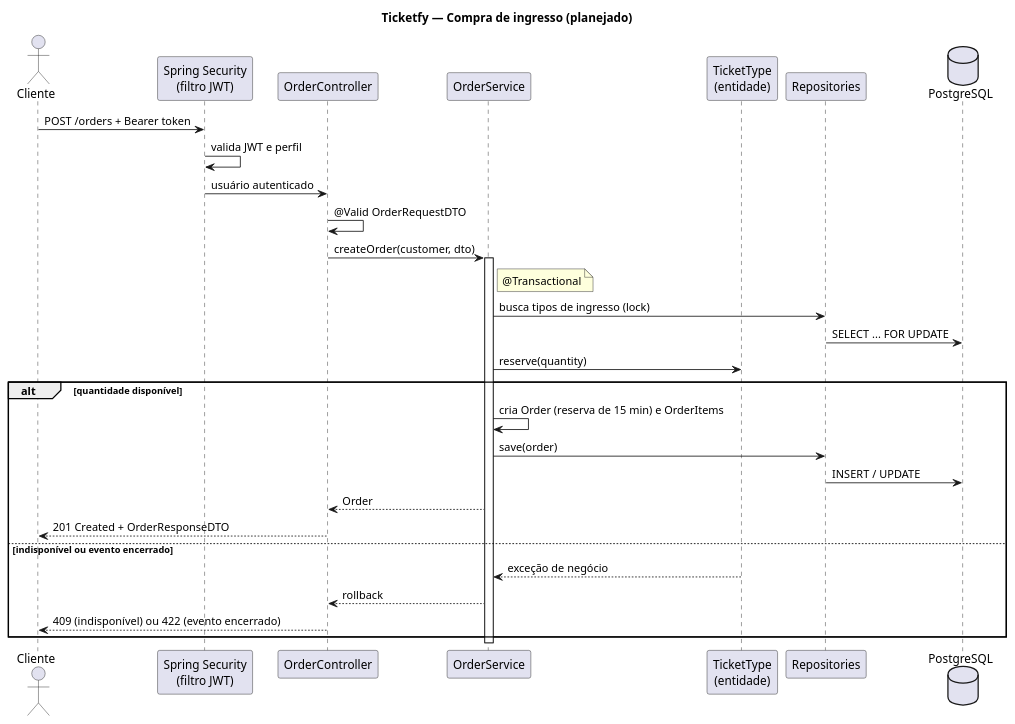
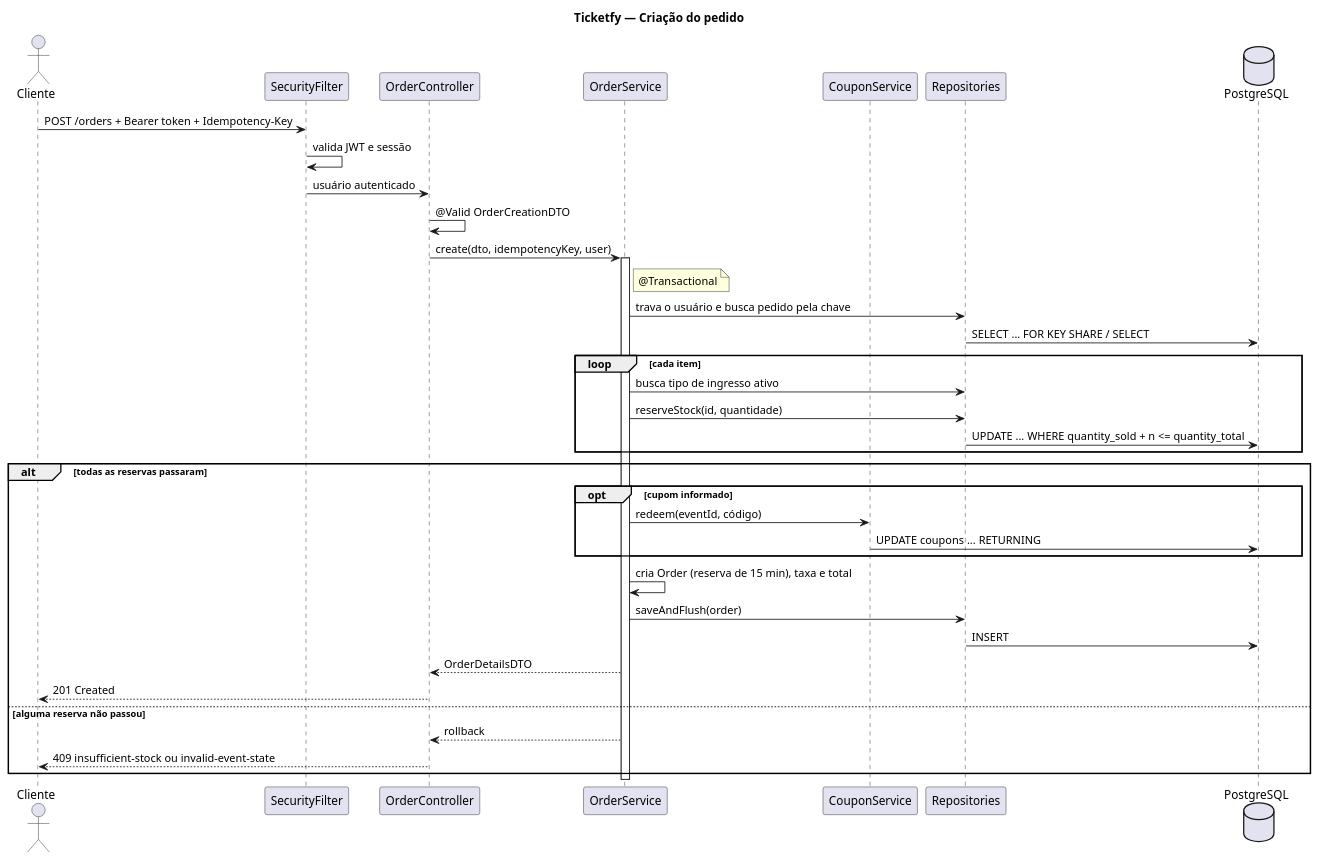
Before and after one commit to rodrigolutfydev/Ticketfy-API: the third of 3 diagrams in docs/05 - Documento de Arquitetura.md, drawn with PlantUML. The commit also changed other lines of this file and 5 other files, not shown here.

First line of the commit message:
docs: align vision, requirements, use case, domain and architecture with the code

````diff
--- a/docs/05 - Documento de Arquitetura.md
+++ b/docs/05 - Documento de Arquitetura.md
@@ -283,35 +288,42 @@
 ```plantuml
 @startuml order-creation
-title Ticketfy — Compra de ingresso (planejado)
+title Ticketfy — Criação do pedido
 actor Cliente
-participant "Spring Security\n(filtro JWT)" as Sec
+participant "SecurityFilter" as Sec
 participant OrderController as C
 participant OrderService as S
-participant "TicketType\n(entidade)" as TT
+participant CouponService as CS
 participant "Repositories" as R
 database PostgreSQL as DB
 
-Cliente -> Sec : POST /orders + Bearer token
-Sec -> Sec : valida JWT e perfil
+Cliente -> Sec : POST /orders + Bearer token + Idempotency-Key
+Sec -> Sec : valida JWT e sessão
 Sec -> C : usuário autenticado
-C -> C : @Valid OrderRequestDTO
-C -> S : createOrder(customer, dto)
+C -> C : @Valid OrderCreationDTO
+C -> S : create(dto, idempotencyKey, user)
 activate S
 note right of S : @Transactional
-S -> R : busca tipos de ingresso (lock)
-R -> DB : SELECT ... FOR UPDATE
-S -> TT : reserve(quantity)
-alt quantidade disponível
-  S -> S : cria Order (reserva de 15 min) e OrderItems
-  S -> R : save(order)
-  R -> DB : INSERT / UPDATE
-  S --> C : Order
-  C --> Cliente : 201 Created + OrderResponseDTO
-else indisponível ou evento encerrado
-  TT --> S : exceção de negócio
+S -> R : trava o usuário e busca pedido pela chave
+R -> DB : SELECT ... FOR KEY SHARE / SELECT
+loop cada item
+  S -> R : busca tipo de ingresso ativo
+  S -> R : reserveStock(id, quantidade)
+  R -> DB : UPDATE ... WHERE quantity_sold + n <= quantity_total
+end
+alt todas as reservas passaram
+  opt cupom informado
+    S -> CS : redeem(eventId, código)
+    CS -> DB : UPDATE coupons ... RETURNING
+  end
+  S -> S : cria Order (reserva de 15 min), taxa e total
+  S -> R : saveAndFlush(order)
+  R -> DB : INSERT
+  S --> C : OrderDetailsDTO
+  C --> Cliente : 201 Created
+else alguma reserva não passou
   S --> C : rollback
-  C --> Cliente : 409 (indisponível) ou 422 (evento encerrado)
+  C --> Cliente : 409 insufficient-stock ou invalid-event-state
 end
 deactivate S
 @enduml
 ```
````
